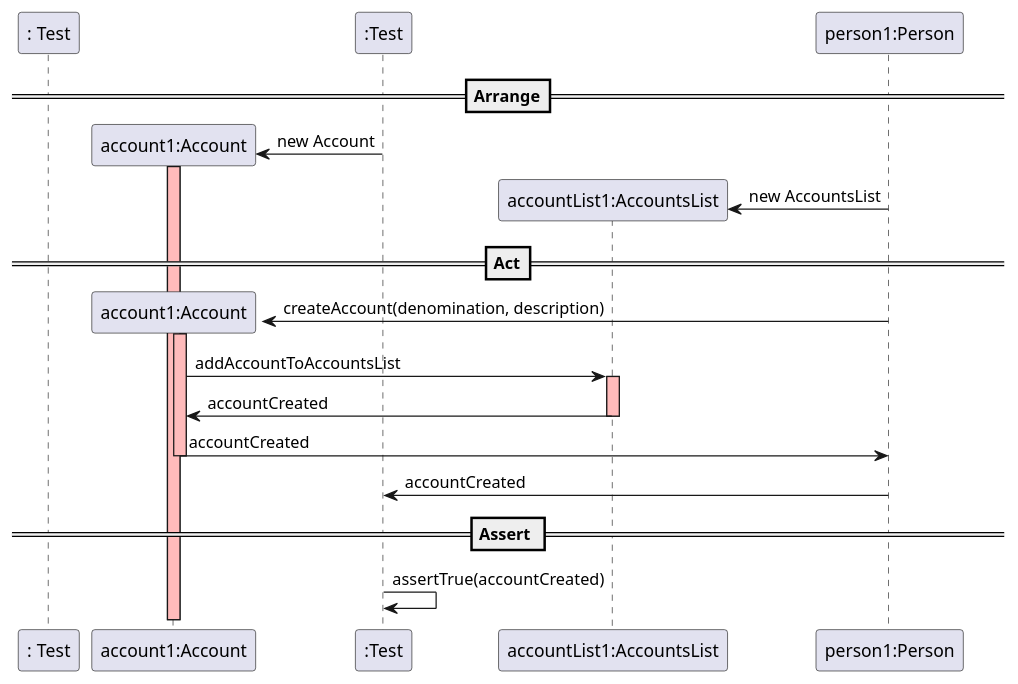
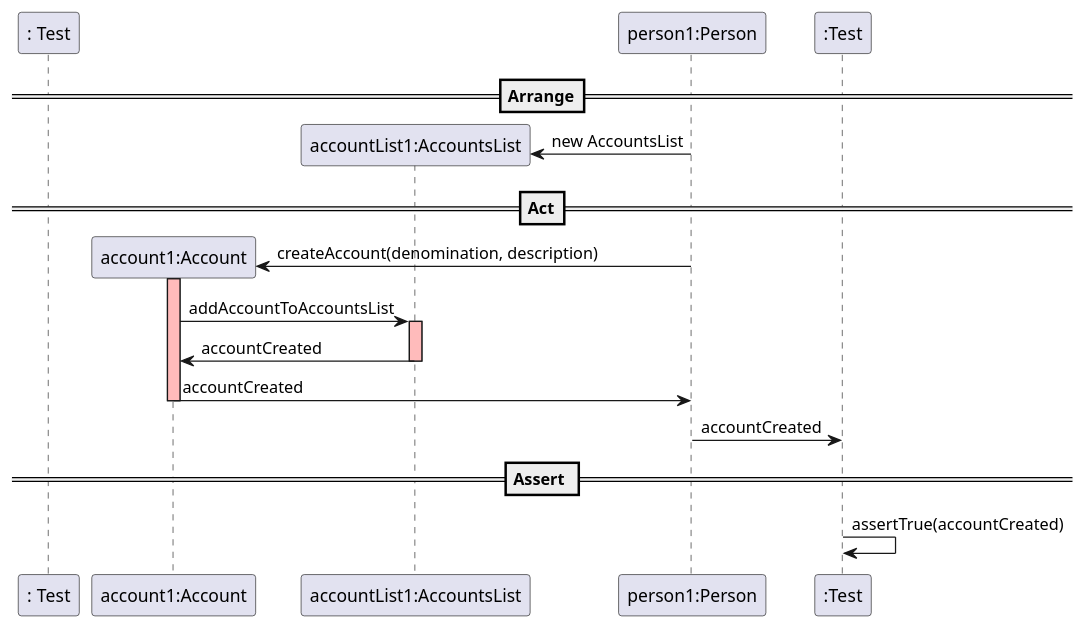
One commit to mleitaoribeiro/DevOpsMaven changed the diagram in docs/SequenceDiagram - UserStory6.puml. Above: the diagram before and after it, drawn with PlantUML.

Commit message:
ref#260: Sequence Diagram - create the sequence diagram for UserStory006, again

```diff
--- a/docs/SequenceDiagram - UserStory6.puml
+++ b/docs/SequenceDiagram - UserStory6.puml
@@ -1,34 +1,32 @@
 @startuml
 create ": Test"
 
 ==Arrange==
 
-create "account1:Account"
-":Test" -> "account1:Account" : new Account
-activate "account1:Account" #FFBBBB
+
 
 create "account1:Account"
 create "accountList1:AccountsList"
 "person1:Person" -> "accountList1:AccountsList" : new AccountsList
 
 ==Act==
 create "account1:Account"
 "person1:Person" -> "account1:Account" : createAccount(denomination, description)
 activate "account1:Account" #FFBBBB
 
 "account1:Account" -> "accountList1:AccountsList" : addAccountToAccountsList
 activate "accountList1:AccountsList" #FFBBBB
 
 "accountList1:AccountsList" -> "account1:Account" : accountCreated
 deactivate "accountList1:AccountsList" #FFBBBB
 
 "account1:Account" -> "person1:Person" : accountCreated
 deactivate "account1:Account" #FFBBBB
 
 "person1:Person" -> ":Test" : accountCreated
 deactivate "person1:Person" #FFBBBB
 
 == Assert ==
 
 ":Test" -> ":Test" : assertTrue(accountCreated)
 @enduml
```
